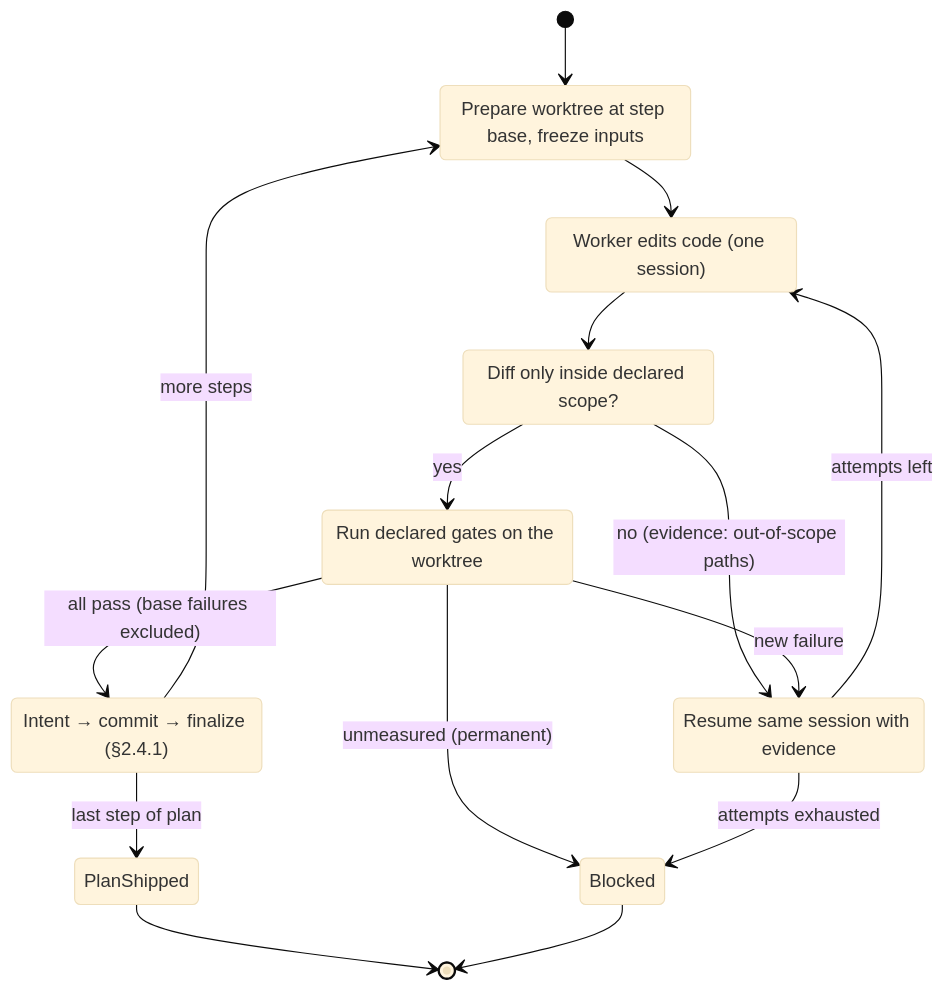
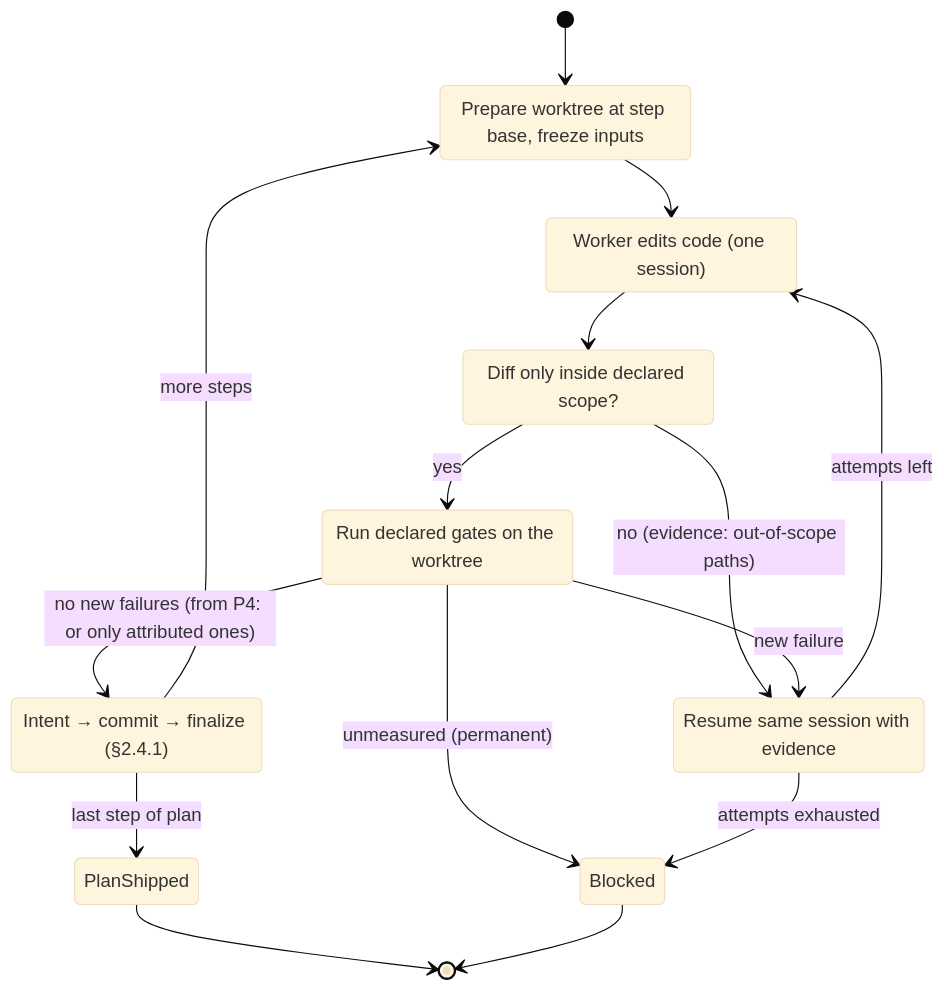
Before and after one commit to inluck-net/ilk2: the third of 3 diagrams in docs/02-architecture.md, drawn with Mermaid (base theme). The commit also changed other lines of this file and 4 other files, not shown here.

````diff
--- a/docs/02-architecture.md
+++ b/docs/02-architecture.md
@@ -90,23 +90,23 @@
 ```mermaid
 stateDiagram-v2
   [*] --> Prepare
   Prepare: Prepare worktree at step base, freeze inputs
   Prepare --> Dispatch
   Dispatch: Worker edits code (one session)
   Dispatch --> ScopeCheck
   ScopeCheck: Diff only inside declared scope?
   ScopeCheck --> Gates: yes
   ScopeCheck --> Retry: no (evidence: out-of-scope paths)
   Gates: Run declared gates on the worktree
-  Gates --> Accept: all pass (base failures excluded)
+  Gates --> Accept: no new failures (from P4: or only attributed ones)
   Gates --> Retry: new failure
   Gates --> Blocked: unmeasured (permanent)
   Retry: Resume same session with evidence
   Retry --> Dispatch: attempts left
   Retry --> Blocked: attempts exhausted
   Accept: Intent → commit → finalize (§2.4.1)
   Accept --> Prepare: more steps
   Accept --> PlanShipped: last step of plan
   PlanShipped --> [*]
   Blocked --> [*]
 ```
````
